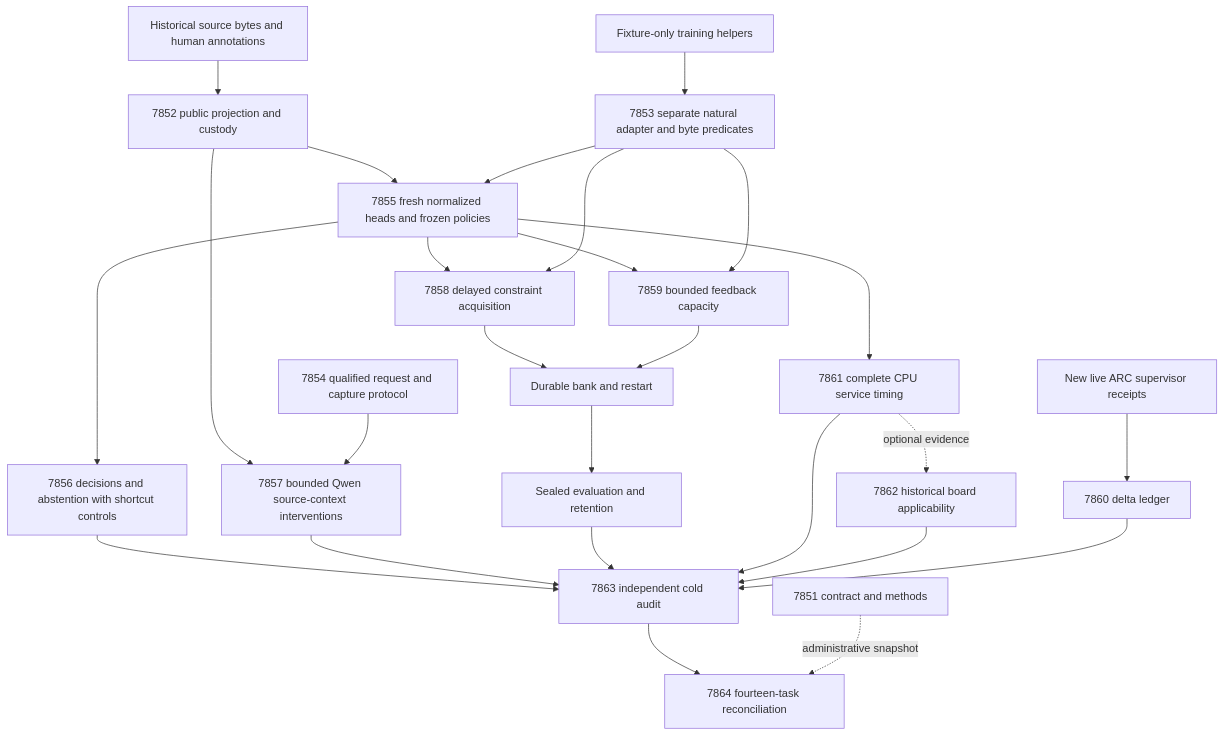
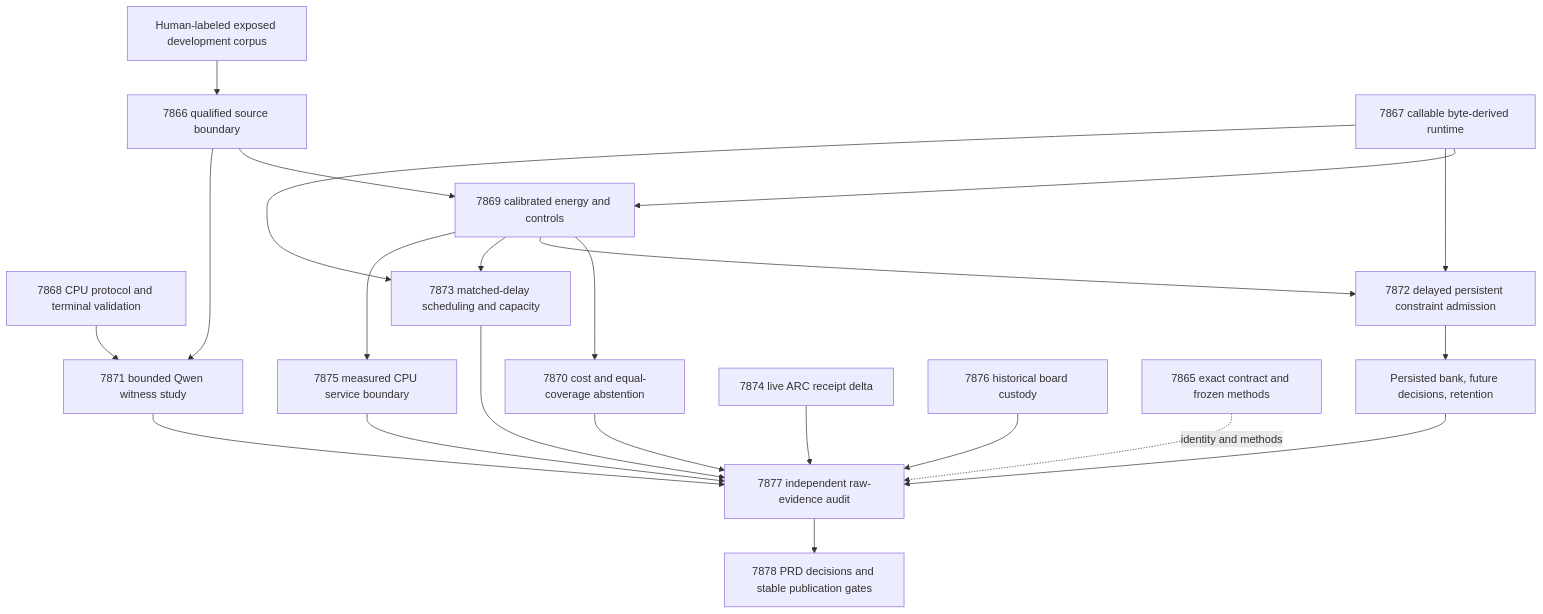
Before and after one commit to Carnot-EBM/carnot-ebm: the diagram in openspec/change-proposals/research-roadmap-vNEXT.md, drawn with Mermaid. The commit also changed other lines of this file and 14 other files, not shown here.

````diff
--- a/openspec/change-proposals/research-roadmap-vNEXT.md
+++ b/openspec/change-proposals/research-roadmap-vNEXT.md
@@ -95,28 +92,24 @@
 ```mermaid
 flowchart TD
-    H[Historical source bytes and human annotations] --> S[7852 public projection and custody]
-    F[Fixture-only training helpers] --> N[7853 separate natural adapter and byte predicates]
-    S --> T[7855 fresh normalized heads and frozen policies]
-    N --> T
-    T --> D[7856 decisions and abstention with shortcut controls]
-    S --> Q[7857 bounded Qwen source-context interventions]
-    P[7854 qualified request and capture protocol] --> Q
-    T --> L[7858 delayed constraint acquisition]
-    N --> L
-    T --> C[7859 bounded feedback capacity]
-    N --> C
-    L --> B[Durable bank and restart]
-    C --> B
-    B --> R[Sealed evaluation and retention]
-    T --> W[7861 complete CPU service timing]
-    W -. optional evidence .-> K[7862 historical board applicability]
-    A[New live ARC supervisor receipts] --> X[7860 delta ledger]
-    D --> I[7863 independent cold audit]
-    Q --> I
-    R --> I
-    W --> I
-    K --> I
-    X --> I
-    I --> Z[7864 fourteen-task reconciliation]
-    M[7851 contract and methods] -. administrative snapshot .-> Z
+  D[Human-labeled exposed development corpus] --> S[7866 qualified source boundary]
+  R[7867 callable byte-derived runtime] --> E[7869 calibrated energy and controls]
+  S --> E
+  E --> A[7870 cost and equal-coverage abstention]
+  S --> Q[7871 bounded Qwen witness study]
+  P[7868 CPU protocol and terminal validation] --> Q
+  E --> L[7872 delayed persistent constraint admission]
+  R --> L
+  L --> B[Persisted bank, future decisions, retention]
+  E --> F[7873 matched-delay scheduling and capacity]
+  R --> F
+  E --> C[7875 measured CPU service boundary]
+  AR[7874 live ARC receipt delta] --> AU[7877 independent raw-evidence audit]
+  HW[7876 historical board custody] --> AU
+  A --> AU
+  Q --> AU
+  B --> AU
+  F --> AU
+  C --> AU
+  AU --> CAP[7878 PRD decisions and stable publication gates]
+  CT[7865 exact contract and frozen methods] -. identity and methods .-> AU
 ```
````
